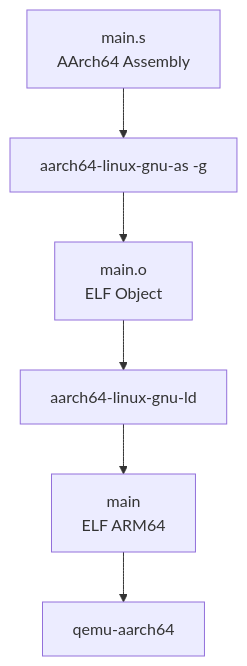
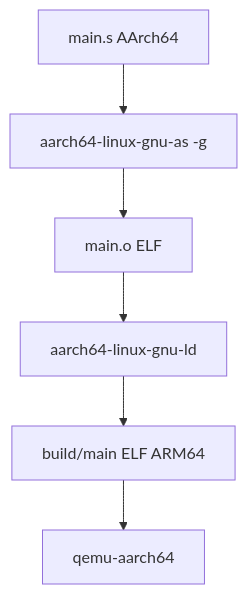
The first of 2 diagrams in 02_ARM64/docs/debugging-aarch64-vscode.md (PoncheDeFrutas/ARQUI1_1S2026), drawn with Mermaid before and after one commit. The commit also changed other lines of this file and 6 other files, not shown here.

Commit message:
Update README and documentation for ARM64 assembly lab: enhance section 2 for clarity, improve debugging guide, and add comprehensive Makefile templates for native ARM64 and QEMU environments.

````diff
--- a/02_ARM64/docs/debugging-aarch64-vscode.md
+++ b/02_ARM64/docs/debugging-aarch64-vscode.md
@@ -249,8 +157,8 @@
 ```mermaid
 flowchart TD
-    A[main.s<br/>AArch64 Assembly] --> B[aarch64-linux-gnu-as -g]
-    B --> C[main.o<br/>ELF Object]
+    A[main.s AArch64] --> B[aarch64-linux-gnu-as -g]
+    B --> C[main.o ELF]
     C --> D[aarch64-linux-gnu-ld]
-    D --> E[main<br/>ELF ARM64]
+    D --> E[build/main ELF ARM64]
     E --> F[qemu-aarch64]
 ```
````
